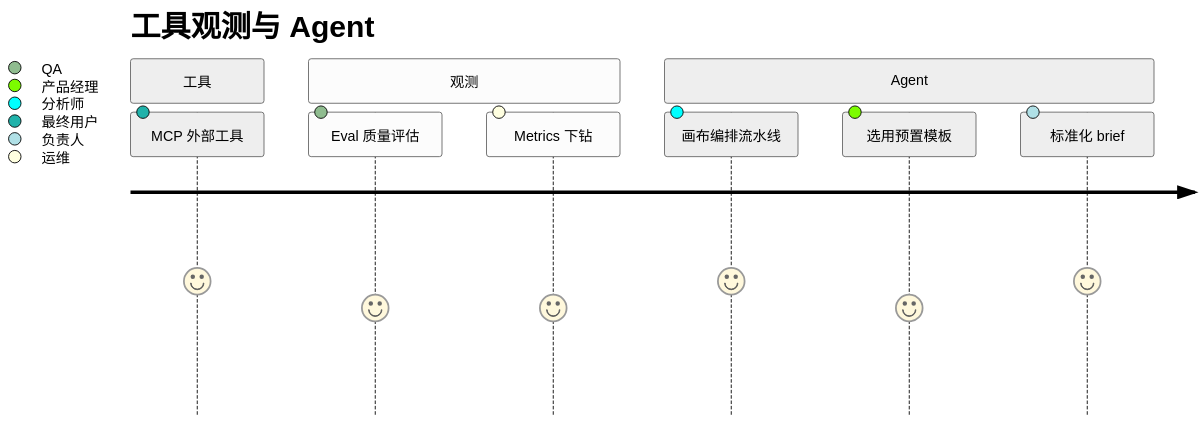
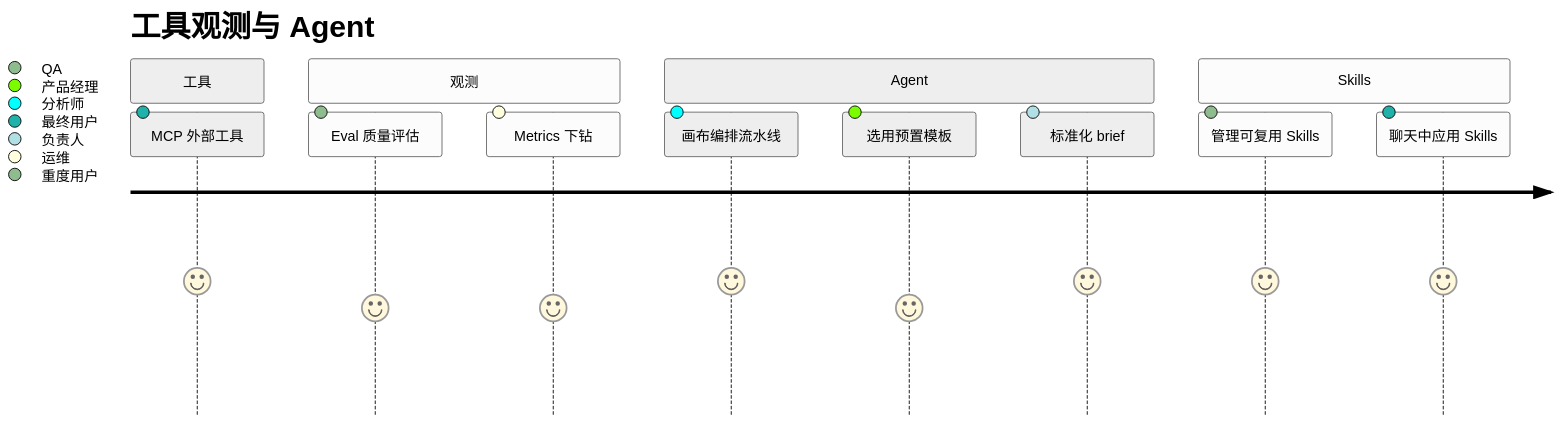
The fourth of 4 diagrams in docs/product-owner/User-Story-Map.md (felixzhu97/explore-ai), drawn with Mermaid (neutral theme) before and after one commit. The commit also changed other lines of this file and 63 other files, not shown here.

````diff
--- a/docs/product-owner/User-Story-Map.md
+++ b/docs/product-owner/User-Story-Map.md
@@ -66,13 +66,16 @@
 ```mermaid
 journey
     title 工具观测与 Agent
     section 工具
         MCP 外部工具: 5: 最终用户
     section 观测
         Eval 质量评估: 4: QA
         Metrics 下钻: 4: 运维
     section Agent
         画布编排流水线: 5: 分析师
         选用预置模板: 4: 产品经理
         标准化 brief: 5: 负责人
+    section Skills
+        管理可复用 Skills: 5: 重度用户
+        聊天中应用 Skills: 5: 最终用户
 ```
````
